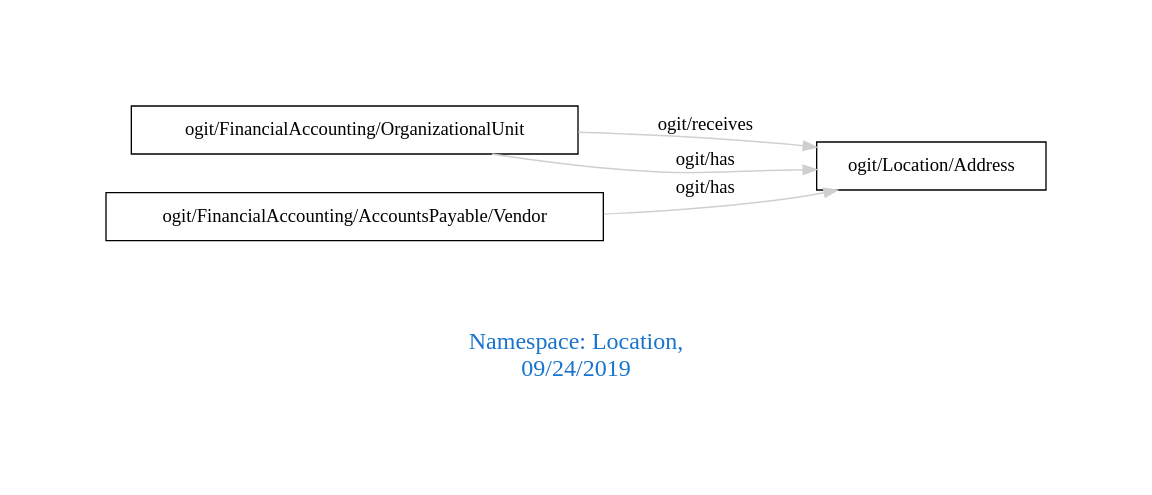
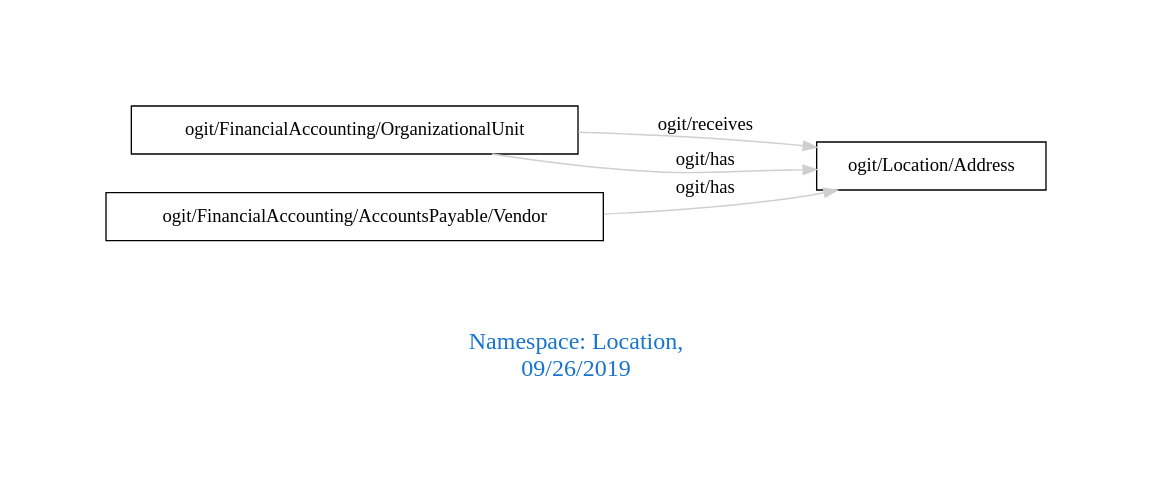
Before and after one commit to arago/OGIT: the diagram in downloads/Location.dot, drawn with Graphviz. The commit also changed 148 other files, not shown here.

```diff
--- a/downloads/Location.dot
+++ b/downloads/Location.dot
@@ -1,11 +1,11 @@
 digraph OGIT_ontology {
  graph [ rankdir= LR,pad=1 
 fontsize = 18,
-fontcolor= dodgerblue3,label = "\n\n\nNamespace: Location, \n 09/24/2019"];
+fontcolor= dodgerblue3,label = "\n\n\nNamespace: Location, \n 09/26/2019"];
 node[shape=polygon];
 edge [  color="gray81"];
 
    "ogit/FinancialAccounting/OrganizationalUnit" -> "ogit/Location/Address" [label="   ogit/receives    "];
    "ogit/FinancialAccounting/AccountsPayable/Vendor" -> "ogit/Location/Address" [label="   ogit/has    "];
    "ogit/FinancialAccounting/OrganizationalUnit" -> "ogit/Location/Address" [label="   ogit/has    "];
 }
```
